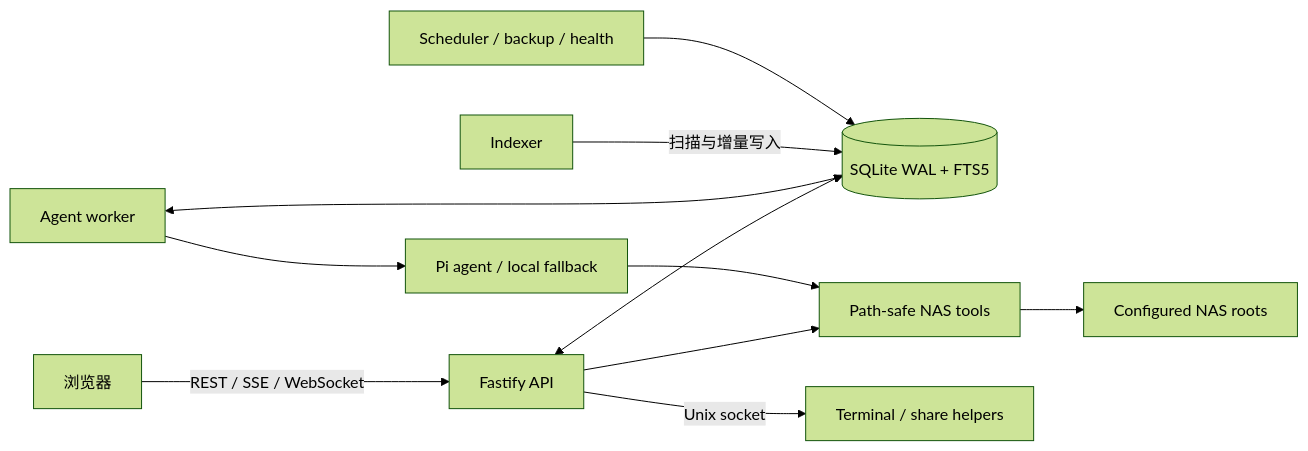
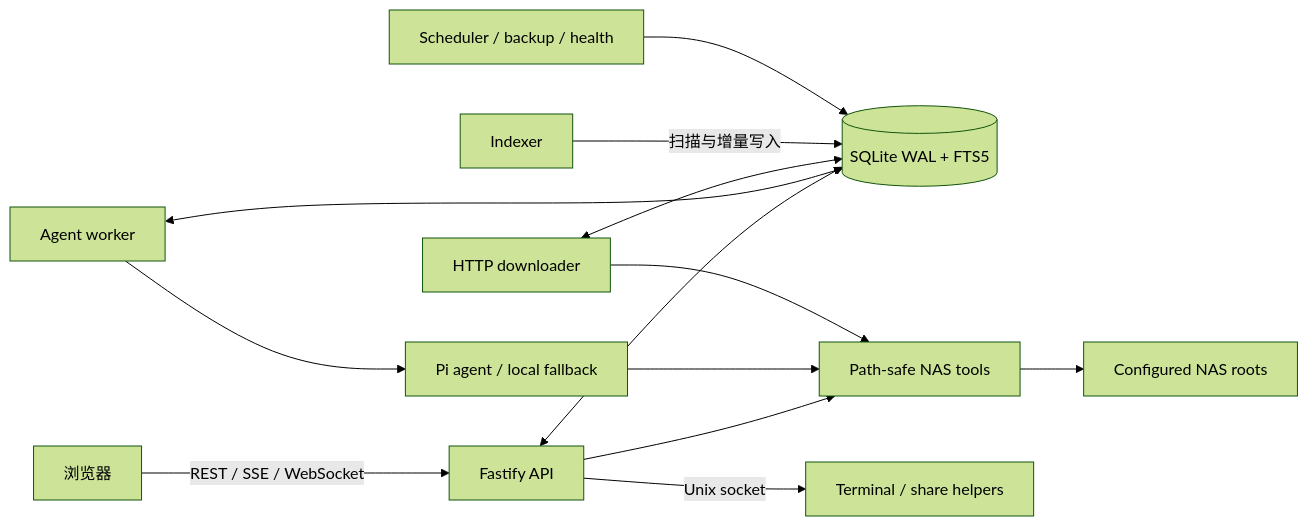
One commit to zhubby/SigmaOS changed the diagram in docs/src/content/docs/architecture/system-overview.md. Above: the diagram before and after it, drawn with Mermaid (forest theme). The commit also changed other lines of this file and 66 other files, not shown here.

First line of the commit message:
feat(downloads): add persistent HTTP downloader

````diff
--- a/docs/src/content/docs/architecture/system-overview.md
+++ b/docs/src/content/docs/architecture/system-overview.md
@@ -12,13 +12,15 @@
 ```mermaid
 flowchart LR
   Browser[浏览器] -->|REST / SSE / WebSocket| API[Fastify API]
   API <--> DB[(SQLite WAL + FTS5)]
   API --> Tools[Path-safe NAS tools]
   Worker[Agent worker] <--> DB
   Worker --> Agent[Pi agent / local fallback]
   Agent --> Tools
+  Downloader[HTTP downloader] <--> DB
+  Downloader --> Tools
   Indexer[Indexer] -->|扫描与增量写入| DB
   Scheduler[Scheduler / backup / health] --> DB
   API -->|Unix socket| Helpers[Terminal / share helpers]
   Tools --> NAS[Configured NAS roots]
 ```
````
